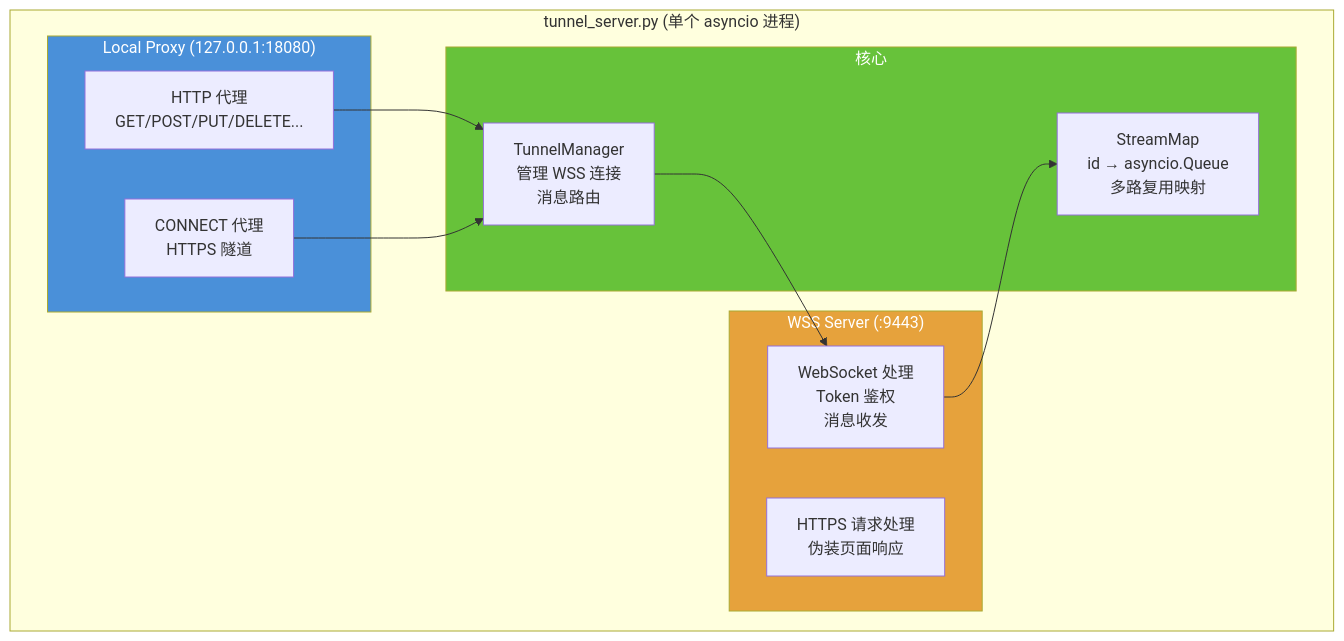
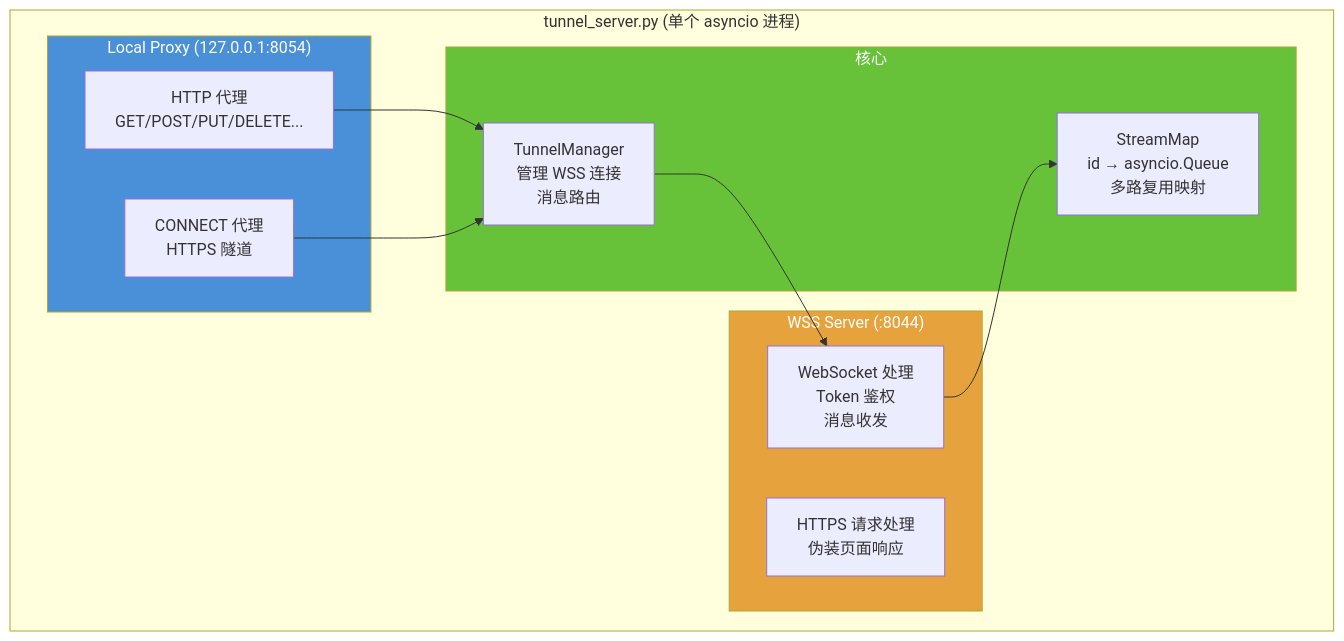
The ninth of 18 diagrams in dev_project/proxy-tunnel/wss-tunnel-design.md (scutshuxue/ai-coding-research), drawn with Mermaid before and after one commit. The commit also changed other lines of this file and 1 other file, not shown here.

First line of the commit message:
docs: 同步 WSS 隧道设计文档和实施计划与实际代码实现

````diff
--- a/dev_project/proxy-tunnel/wss-tunnel-design.md
+++ b/dev_project/proxy-tunnel/wss-tunnel-design.md
@@ -406,28 +414,28 @@
 ```mermaid
 graph TD
     subgraph Server["tunnel_server.py (单个 asyncio 进程)"]
-        subgraph WSS["WSS Server (:9443)"]
+        subgraph WSS["WSS Server (:8044)"]
             HTTPS_HANDLER["HTTPS 请求处理<br/>伪装页面响应"]
             WS_HANDLER["WebSocket 处理<br/>Token 鉴权<br/>消息收发"]
         end
 
-        subgraph Proxy["Local Proxy (127.0.0.1:18080)"]
+        subgraph Proxy["Local Proxy (127.0.0.1:8054)"]
             HTTP_PROXY["HTTP 代理<br/>GET/POST/PUT/DELETE..."]
             CONNECT_PROXY["CONNECT 代理<br/>HTTPS 隧道"]
         end
 
         subgraph Core["核心"]
             TUNNEL_MGR["TunnelManager<br/>管理 WSS 连接<br/>消息路由"]
             STREAM_MAP["StreamMap<br/>id → asyncio.Queue<br/>多路复用映射"]
         end
     end
 
     HTTP_PROXY --> TUNNEL_MGR
     CONNECT_PROXY --> TUNNEL_MGR
     TUNNEL_MGR --> WS_HANDLER
     WS_HANDLER --> STREAM_MAP
 
     style WSS fill:#e6a23c,color:#fff
     style Proxy fill:#4a90d9,color:#fff
     style Core fill:#67c23a,color:#fff
 ```
````
